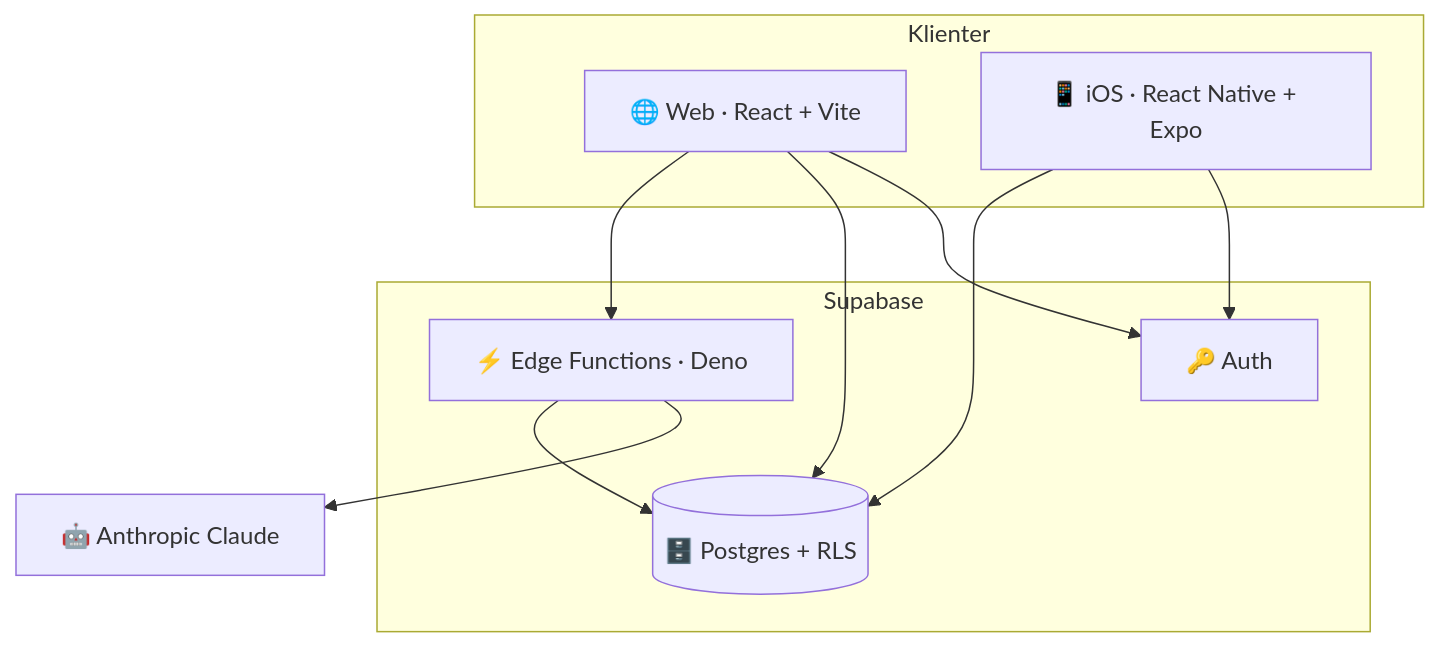
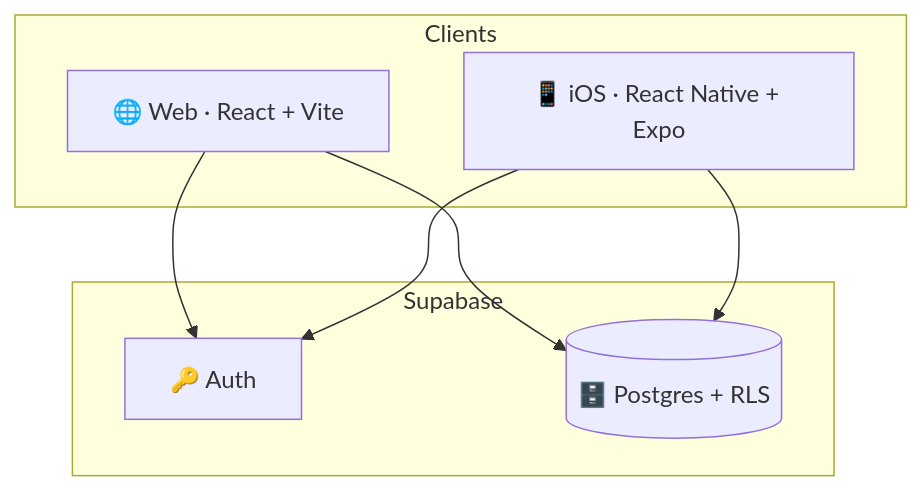
One commit to henrikhhag/henami-showcase changed the diagram in README.md. Above: the diagram before and after it, drawn with Mermaid. The commit also changed other lines of this file and 2 other files, not shown here.

````diff
--- a/README.md
+++ b/README.md
@@ -100,21 +99,16 @@
 ```mermaid
 flowchart TD
-    subgraph Klienter
+    subgraph Clients
         Web["🌐 Web · React + Vite"]
         iOS["📱 iOS · React Native + Expo"]
     end
     subgraph Supabase
         Auth["🔑 Auth"]
         DB[("🗄️ Postgres + RLS")]
-        Fn["⚡ Edge Functions · Deno"]
     end
-    Anthropic["🤖 Anthropic Claude"]
 
     Web --> Auth
     iOS --> Auth
     Web --> DB
     iOS --> DB
-    Web --> Fn
-    Fn --> Anthropic
-    Fn --> DB
 ```
````
